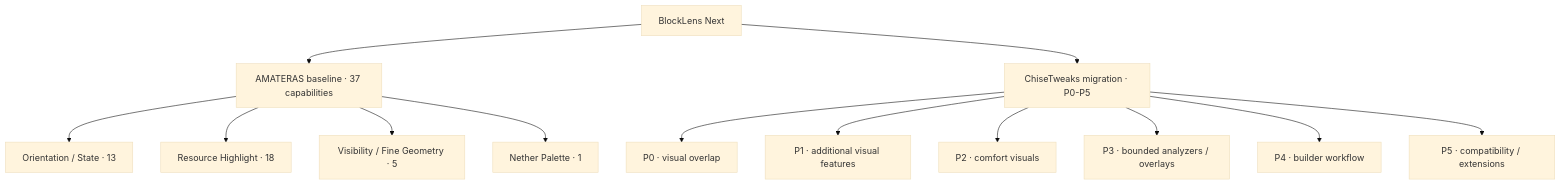
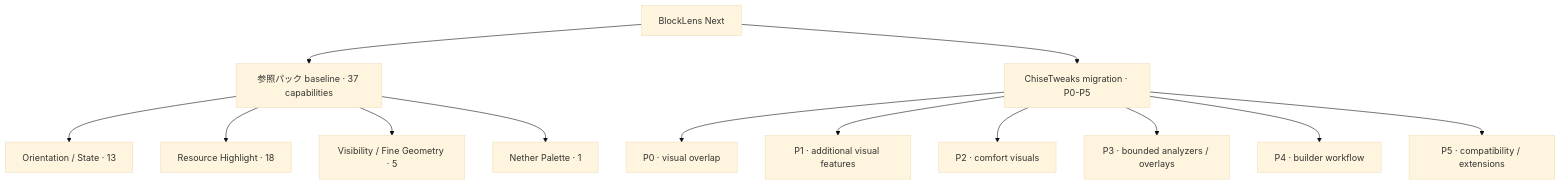
One commit to bosatsu25/BlockLens changed the first of 6 diagrams in README_ja.md. Above: the diagram before and after it, drawn with Mermaid (base theme). The commit also changed other lines of this file and 58 other files, not shown here.

````diff
--- a/README_ja.md
+++ b/README_ja.md
@@ -21,18 +21,18 @@
 ```mermaid
 flowchart TB
     BL[BlockLens Next]
-    BL --> AM[AMATERAS baseline · 37 capabilities]
+    BL --> AM[参照パック baseline · 37 capabilities]
     BL --> CH[ChiseTweaks migration · P0-P5]
 
     AM --> D[Orientation / State · 13]
     AM --> R[Resource Highlight · 18]
     AM --> V[Visibility / Fine Geometry · 5]
     AM --> N[Nether Palette · 1]
 
     CH --> P0[P0 · visual overlap]
     CH --> P1[P1 · additional visual features]
     CH --> P2[P2 · comfort visuals]
     CH --> P3[P3 · bounded analyzers / overlays]
     CH --> P4[P4 · builder workflow]
     CH --> P5[P5 · compatibility / extensions]
 ```
````
